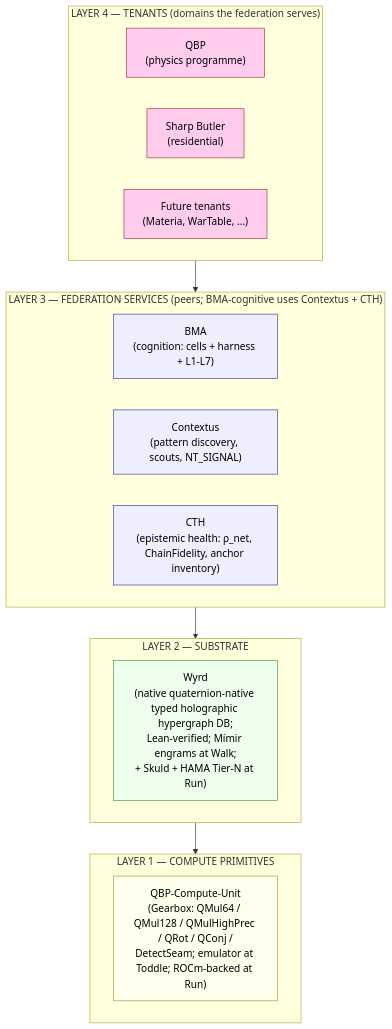
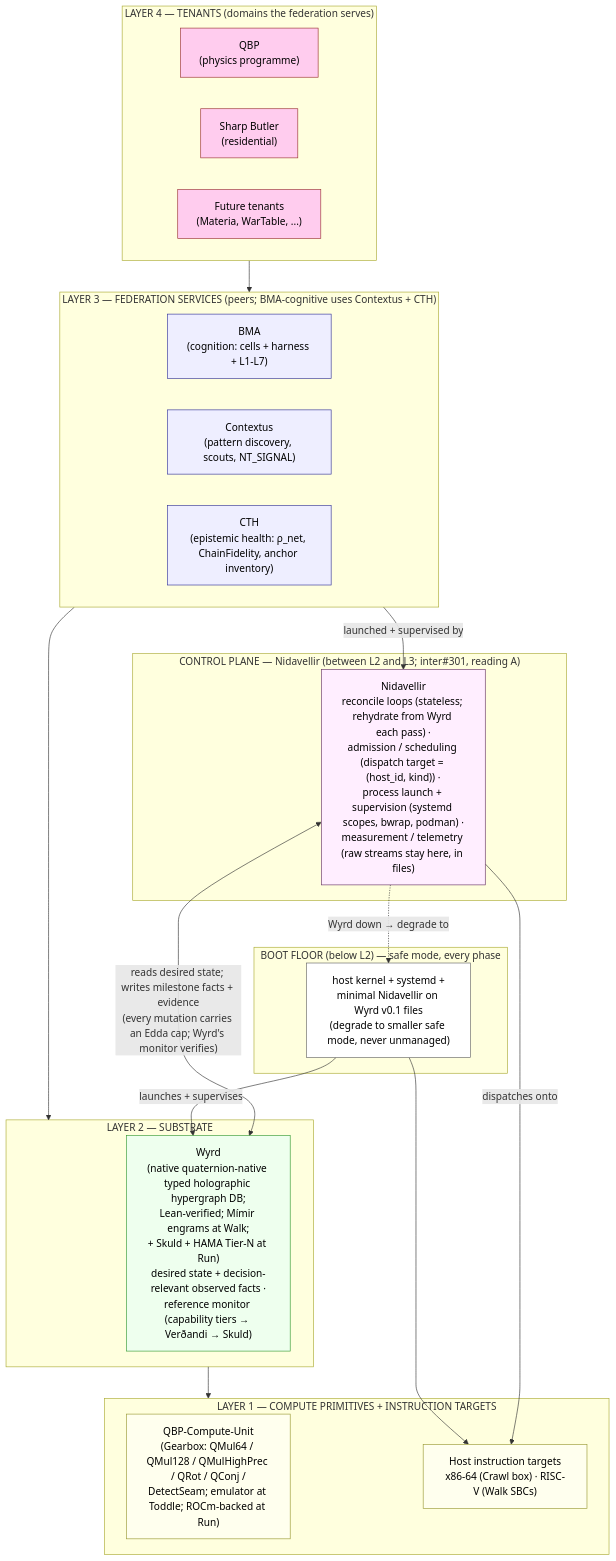
Before and after one commit to JamesPagetButler/inter: the fifth of 11 diagrams in workspace-phase-architecture.md, drawn with Mermaid. The commit also changed other lines of this file, not shown here.

First line of the commit message:
docs(phase-arch): Nidavellir control-plane layer + Wyrd/Nidavellir line (reading A), RISC-V targets, Wyrd durability gate (inter#301) (#302)

````diff
--- a/workspace-phase-architecture.md
+++ b/workspace-phase-architecture.md
@@ -368,36 +369,55 @@
 ```mermaid
 flowchart TB
     subgraph L4["LAYER 4 — TENANTS (domains the federation serves)"]
         QBP_T["QBP<br/>(physics programme)"]
         SB_T["Sharp Butler<br/>(residential)"]
         FUT["Future tenants<br/>(Materia, WarTable, ...)"]
     end
 
     subgraph L3["LAYER 3 — FEDERATION SERVICES (peers; BMA-cognitive uses Contextus + CTH)"]
         BMA_S["BMA<br/>(cognition: cells + harness + L1-L7)"]
         CTX_S["Contextus<br/>(pattern discovery, scouts, NT_SIGNAL)"]
         CTH_S["CTH<br/>(epistemic health: ρ_net, ChainFidelity, anchor inventory)"]
     end
 
-    subgraph L2["LAYER 2 — SUBSTRATE"]
-        WYRD["Wyrd<br/>(native quaternion-native typed holographic hypergraph DB;<br/>Lean-verified; Mímir engrams at Walk;<br/>+ Skuld + HAMA Tier-N at Run)"]
+    subgraph CP["CONTROL PLANE — Nidavellir (between L2 and L3; inter#301, reading A)"]
+        NID["Nidavellir<br/>reconcile loops (stateless; rehydrate from Wyrd each pass) ·<br/>admission / scheduling (dispatch target = (host_id, kind)) ·<br/>process launch + supervision (systemd scopes, bwrap, podman) ·<br/>measurement / telemetry (raw streams stay here, in files)"]
     end
 
-    subgraph L1["LAYER 1 — COMPUTE PRIMITIVES"]
+    subgraph L2["LAYER 2 — SUBSTRATE"]
+        WYRD["Wyrd<br/>(native quaternion-native typed holographic hypergraph DB;<br/>Lean-verified; Mímir engrams at Walk;<br/>+ Skuld + HAMA Tier-N at Run)<br/>desired state + decision-relevant observed facts ·<br/>reference monitor (capability tiers → Verðandi → Skuld)"]
+    end
+
+    subgraph FLOOR["BOOT FLOOR (below L2) — safe mode, every phase"]
+        BF["host kernel + systemd +<br/>minimal Nidavellir on Wyrd v0.1 files<br/>(degrade to smaller safe mode, never unmanaged)"]
+    end
+
+    subgraph L1["LAYER 1 — COMPUTE PRIMITIVES + INSTRUCTION TARGETS"]
         QCU["QBP-Compute-Unit<br/>(Gearbox: QMul64 / QMul128 / QMulHighPrec / QRot / QConj /<br/>DetectSeam; emulator at Toddle; ROCm-backed at Run)"]
+        ISA["Host instruction targets<br/>x86-64 (Crawl box) · RISC-V (Walk SBCs)"]
     end
 
     L4 --> L3
+    L3 -->|launched + supervised by| NID
     L3 --> L2
+    NID <-->|"reads desired state; writes milestone facts + evidence<br/>(every mutation carries an Edda cap; Wyrd's monitor verifies)"| WYRD
+    NID -.->|Wyrd down → degrade to| BF
+    BF -->|launches + supervises| WYRD
     L2 --> L1
+    NID -->|dispatches onto| ISA
+    BF --> ISA
 
     classDef tenant fill:#fce,stroke:#933,color:#000
     classDef service fill:#eef,stroke:#339,color:#000
+    classDef control fill:#fef,stroke:#636,color:#000
     classDef substrate fill:#efe,stroke:#393,color:#000
+    classDef floor fill:#fff,stroke:#666,color:#000
     classDef compute fill:#ffe,stroke:#993,color:#000
 
     class QBP_T,SB_T,FUT tenant
     class BMA_S,CTX_S,CTH_S service
+    class NID control
     class WYRD substrate
-    class QCU compute
+    class BF floor
+    class QCU,ISA compute
 ```
````
